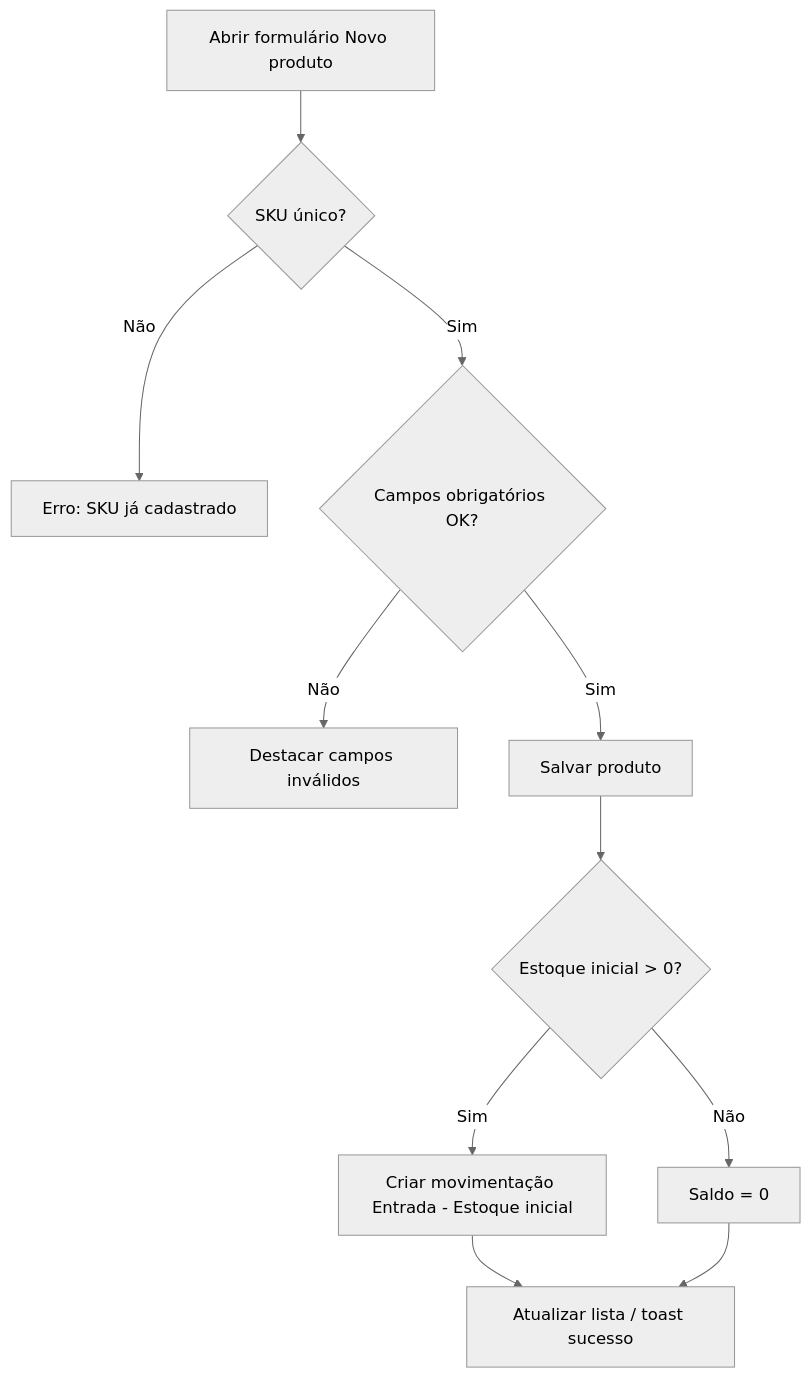
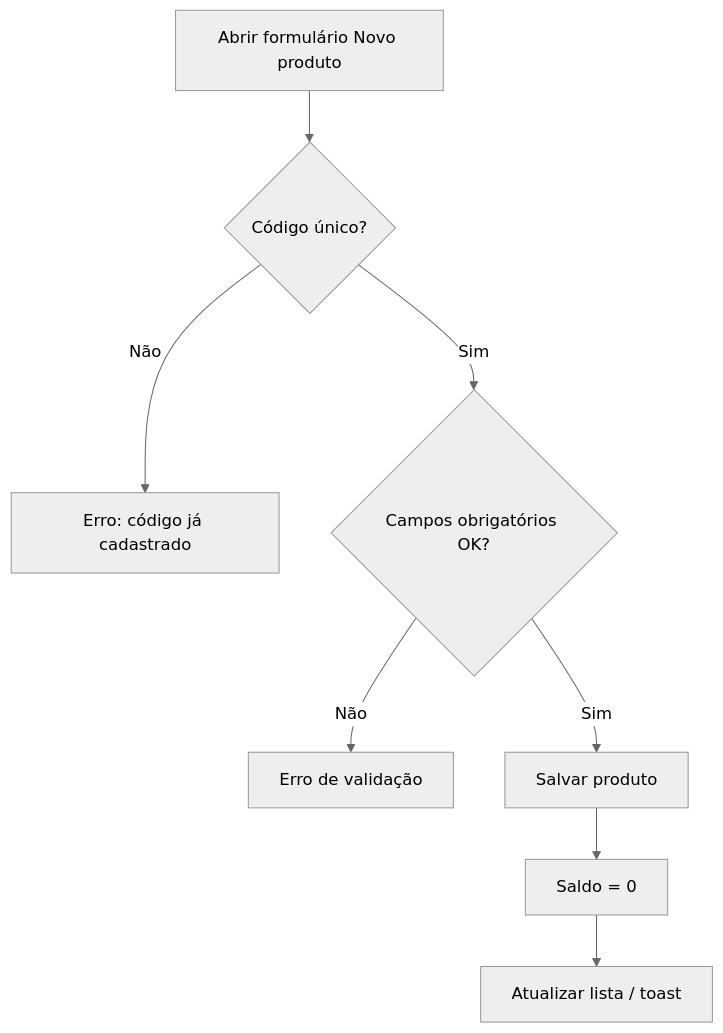
Before and after one commit to CunhaSilva-CCS/controleEstoque: the second of 4 diagrams in docs/FLUXOS.md, drawn with Mermaid (neutral theme). The commit also changed other lines of this file and 58 other files, not shown here.

````diff
--- a/docs/FLUXOS.md
+++ b/docs/FLUXOS.md
@@ -75,13 +88,10 @@
 ```mermaid
 flowchart TD
-  A[Abrir formulário Novo produto] --> B{SKU único?}
-  B -->|Não| C[Erro: SKU já cadastrado]
+  A[Abrir formulário Novo produto] --> B{Código único?}
+  B -->|Não| C[Erro: código já cadastrado]
   B -->|Sim| D{Campos obrigatórios OK?}
-  D -->|Não| E[Destacar campos inválidos]
+  D -->|Não| E[Erro de validação]
   D -->|Sim| F[Salvar produto]
-  F --> G{Estoque inicial > 0?}
-  G -->|Sim| H[Criar movimentação Entrada - Estoque inicial]
-  G -->|Não| I[Saldo = 0]
-  H --> J[Atualizar lista / toast sucesso]
-  I --> J
+  F --> G[Saldo = 0]
+  G --> H[Atualizar lista / toast]
 ```
````
